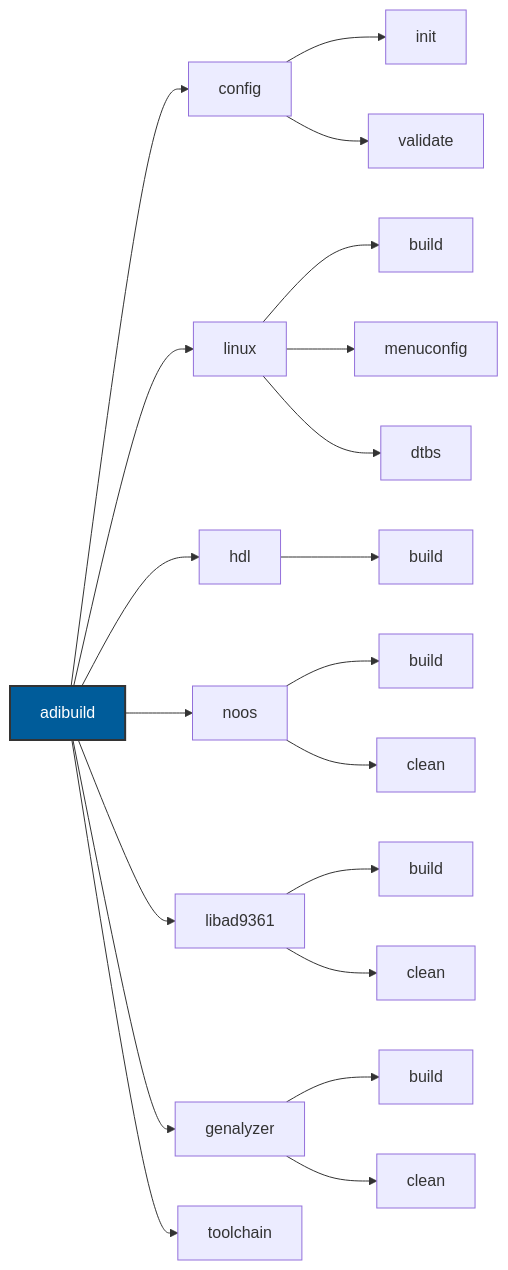
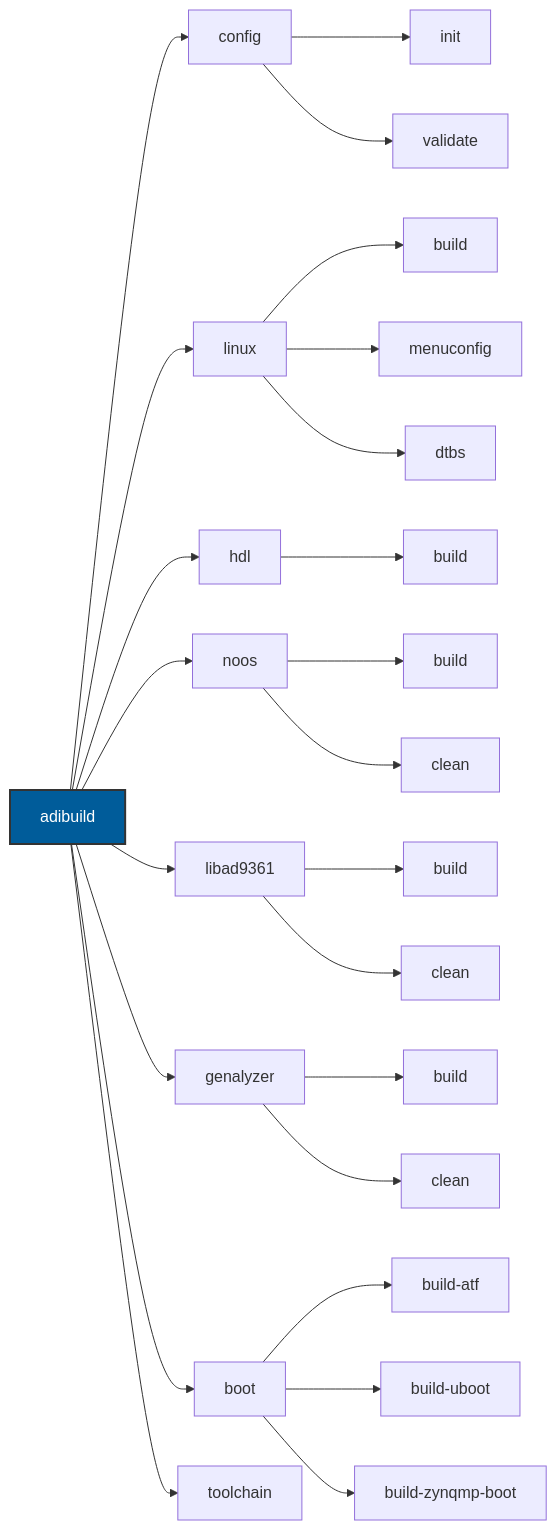
One commit to tfcollins/pyadi-build changed the diagram in docs/source/user-guide/cli-usage.rst. Above: the diagram before and after it, drawn with Mermaid. The commit also changed other lines of this file and 15 other files, not shown here.

First line of the commit message:
Add support for ATF, U-Boot, and ZynqMP BOOT.BIN generation

```diff
--- a/docs/source/user-guide/cli-usage.rst
+++ b/docs/source/user-guide/cli-usage.rst
@@ -11,30 +11,35 @@
 .. mermaid::
 
    graph LR
        CLI[adibuild] --> Config[config]
        CLI --> Linux[linux]
        CLI --> HDL[hdl]
        CLI --> NoOS[noos]
        CLI --> LibAD9361[libad9361]
        CLI --> Genalyzer[genalyzer]
+       CLI --> Boot[boot]
        CLI --> Toolchain[toolchain]
 
        Config --> Init[init]
        Config --> Validate[validate]
 
        Linux --> LBuild[build]
        Linux --> LMenu[menuconfig]
        Linux --> LDtbs[dtbs]
 
        HDL --> HBuild[build]
 
        NoOS --> NBuild[build]
        NoOS --> NClean[clean]
 
        LibAD9361 --> LibBuild[build]
        LibAD9361 --> LibClean[clean]
 
        Genalyzer --> GBuild[build]
        Genalyzer --> GClean[clean]
 
+       Boot --> BAtf[build-atf]
+       Boot --> BUboot[build-uboot]
+       Boot --> BZynqmp[build-zynqmp-boot]
+
        style CLI fill:#005c9a,stroke:#333,stroke-width:2px,color:#fff
```
